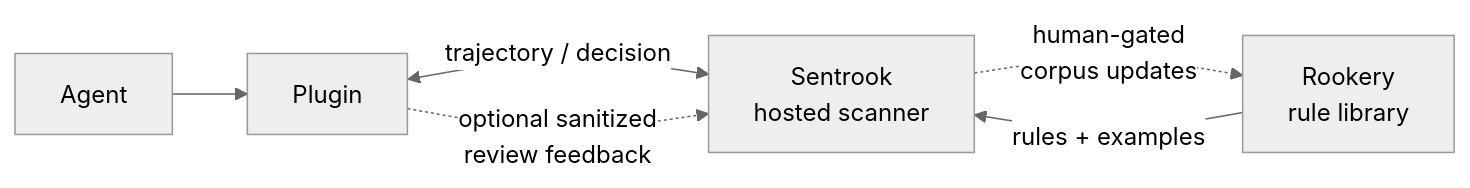
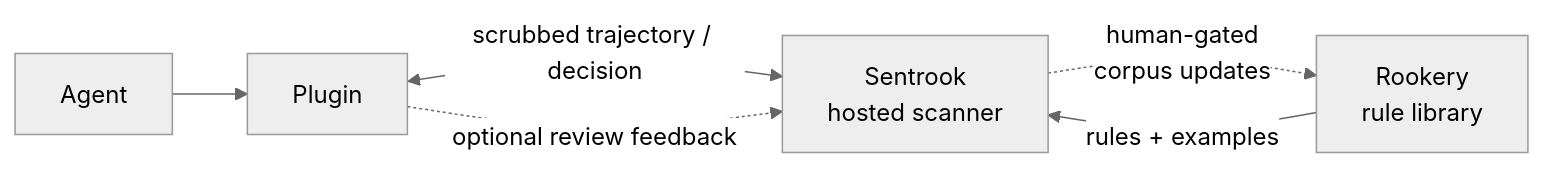
One commit to FirstDataUnion/Sentrook changed the first of 2 diagrams in README.md. Above: the diagram before and after it, drawn with Mermaid (neutral theme). The commit also changed other lines of this file and 14 other files, not shown here.

````diff
--- a/README.md
+++ b/README.md
@@ -216,8 +174,8 @@
 ```mermaid
 flowchart LR
   Agent["Agent"] --> Plugin["Plugin"]
-  Plugin <-->|"trajectory / decision"| Sentrook["Sentrook<br/>hosted scanner"]
+  Plugin <-->|"scrubbed trajectory / decision"| Sentrook["Sentrook<br/>hosted scanner"]
   Rookery["Rookery<br/>rule library"] -->|"rules + examples"| Sentrook
-  Plugin -.->|"optional sanitized<br/>review feedback"| Sentrook
+  Plugin -.->|"optional review feedback"| Sentrook
   Sentrook -.->|"human-gated<br/>corpus updates"| Rookery
 ```
````
